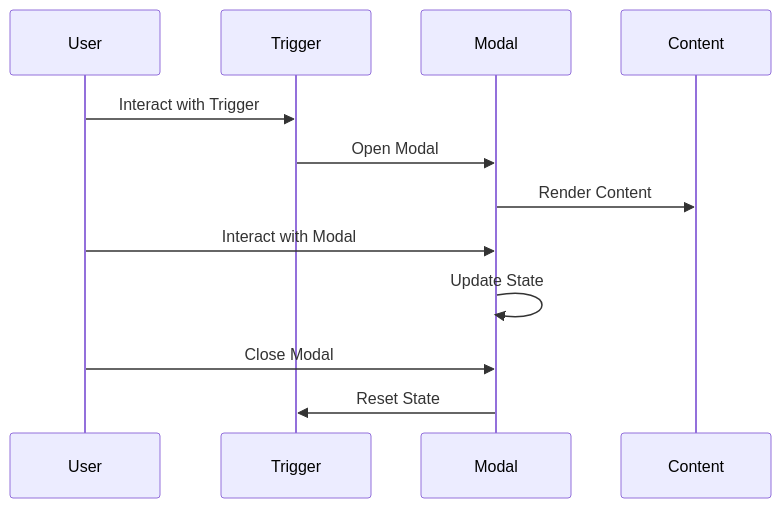
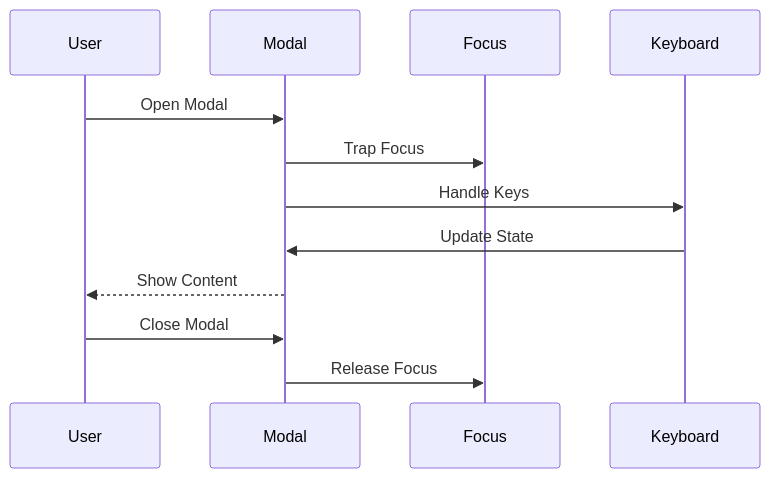
Before and after one commit to gedeza/thrive-send: the second of 3 diagrams in DOCS/components/feedback/Modal.md, drawn with Mermaid. The commit also changed other lines of this file and 25 other files, not shown here.

````diff
--- a/DOCS/components/feedback/Modal.md
+++ b/DOCS/components/feedback/Modal.md
@@ -28,15 +40,15 @@
 ```mermaid
 sequenceDiagram
     participant U as User
-    participant T as Trigger
     participant M as Modal
-    participant C as Content
+    participant F as Focus
+    participant K as Keyboard
     
-    U->>T: Interact with Trigger
-    T->>M: Open Modal
-    M->>C: Render Content
-    U->>M: Interact with Modal
-    M->>M: Update State
+    U->>M: Open Modal
+    M->>F: Trap Focus
+    M->>K: Handle Keys
+    K->>M: Update State
+    M-->>U: Show Content
     U->>M: Close Modal
-    M->>T: Reset State
+    M->>F: Release Focus
 ```
````
